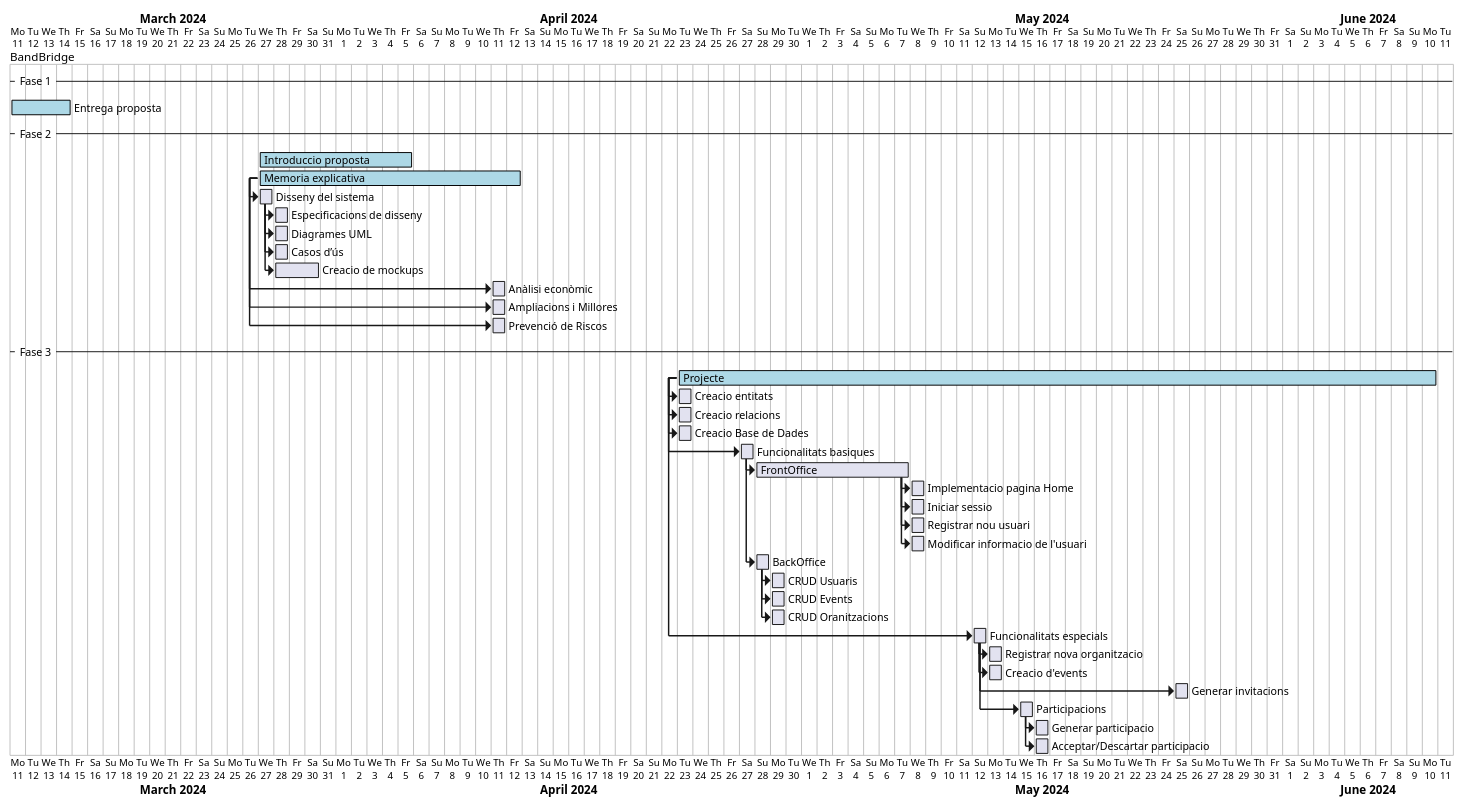
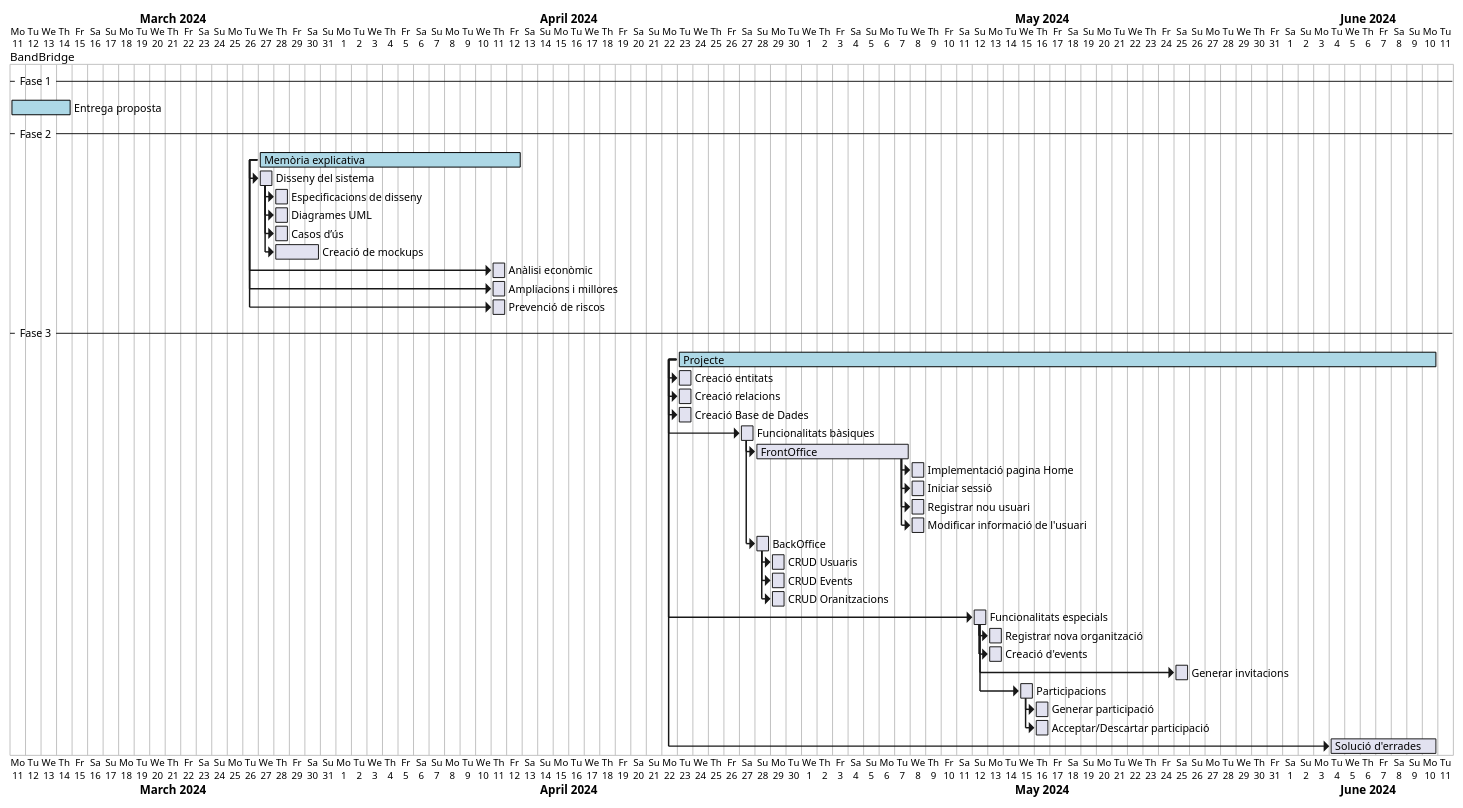
The diagram in docs/planificacio.puml (Josep02/BandBridge), drawn with PlantUML before and after one commit. The commit also changed 1 other file, not shown here.

Commit message:
PlantUML

```diff
--- a/docs/planificacio.puml
+++ b/docs/planificacio.puml
@@ -1,140 +1,140 @@
 @startgantt
 Project starts the 11 of March 2024
 
 -- Fase 1 --
 
 [Entrega proposta] requires 4 day
 [Entrega proposta] starts 2024-03-11
 [Entrega proposta] is colored in LightBlue/Black
 
 -- Fase 2 --
 
-[Introduccio proposta] requires 10 day
-[Introduccio proposta] starts 2024-03-27
-[Introduccio proposta] is colored in LightBlue/Black
-
-[Memoria explicativa] requires 17 day
-[Memoria explicativa] starts 2024-03-27
-[Memoria explicativa] is colored in LightBlue/Black
+[Memòria explicativa] requires 17 day
+[Memòria explicativa] starts 2024-03-27
+[Memòria explicativa] is colored in LightBlue/Black
 
 [Disseny del sistema] requires 1 day
 [Disseny del sistema] starts 2024-03-27
-[Disseny del sistema] starts at [Memoria explicativa]'s start
+[Disseny del sistema] starts at [Memòria explicativa]'s start
 
 [Especificacions de disseny] requires 1 day
 [Especificacions de disseny] starts 2024-03-27
 [Especificacions de disseny] starts at [Disseny del sistema]'s end
 
 [Diagrames UML] requires 1 day
 [Diagrames UML] starts 2024-03-27
 [Diagrames UML] starts at [Disseny del sistema]'s end
 
 [Casos d’ús] requires 1 day
 [Casos d’ús] starts 2024-03-27
 [Casos d’ús] starts at [Disseny del sistema]'s end
 
-[Creacio de mockups] requires 3 day
-[Creacio de mockups] starts 2024-03-27
-[Creacio de mockups] starts at [Disseny del sistema]'s end
+[Creació de mockups] requires 3 day
+[Creació de mockups] starts 2024-03-27
+[Creació de mockups] starts at [Disseny del sistema]'s end
 
 [Anàlisi econòmic] requires 1 day
 [Anàlisi econòmic] starts 2024-04-11
-[Anàlisi econòmic] starts at [Memoria explicativa]'s start
+[Anàlisi econòmic] starts at [Memòria explicativa]'s start
 
-[Ampliacions i Millores] requires 1 day
-[Ampliacions i Millores] starts 2024-04-11
-[Ampliacions i Millores] starts at [Memoria explicativa]'s start
+[Ampliacions i millores] requires 1 day
+[Ampliacions i millores] starts 2024-04-11
+[Ampliacions i millores] starts at [Memòria explicativa]'s start
 
-[Prevenció de Riscos] requires 1 day
-[Prevenció de Riscos] starts 2024-04-11
-[Prevenció de Riscos] starts at [Memoria explicativa]'s start
+[Prevenció de riscos] requires 1 day
+[Prevenció de riscos] starts 2024-04-11
+[Prevenció de riscos] starts at [Memòria explicativa]'s start
 
 -- Fase 3 --
 
 [Projecte] requires 49 days
 [Projecte] starts 2024-04-23
 [Projecte] is colored in LightBlue/Black
 
-[Creacio entitats] requires 1 day
-[Creacio entitats] starts 2024-04-23
-[Creacio entitats] starts at [Projecte]'s start
+[Creació entitats] requires 1 day
+[Creació entitats] starts 2024-04-23
+[Creació entitats] starts at [Projecte]'s start
 
-[Creacio relacions] requires 1 day
-[Creacio relacions] starts 2024-04-23
-[Creacio relacions] starts at [Projecte]'s start
+[Creació relacions] requires 1 day
+[Creació relacions] starts 2024-04-23
+[Creació relacions] starts at [Projecte]'s start
 
-[Creacio Base de Dades] requires 1 day
-[Creacio Base de Dades] starts 2024-04-23
-[Creacio Base de Dades] starts at [Projecte]'s start
+[Creació Base de Dades] requires 1 day
+[Creació Base de Dades] starts 2024-04-23
+[Creació Base de Dades] starts at [Projecte]'s start
 
 
 
 
-[Funcionalitats basiques] requires 1 day
-[Funcionalitats basiques] starts 2024-04-27
-[Funcionalitats basiques] starts at [Projecte]'s start
+[Funcionalitats bàsiques] requires 1 day
+[Funcionalitats bàsiques] starts 2024-04-27
+[Funcionalitats bàsiques] starts at [Projecte]'s start
 
 'Tasques relacionades amb el FrontOffice'
 [FrontOffice] requires 10 day
-[FrontOffice] starts at [Funcionalitats basiques]'s end
+[FrontOffice] starts at [Funcionalitats bàsiques]'s end
 
-[Implementacio pagina Home] requires 1 day
-[FrontOffice]->[Implementacio pagina Home]
+[Implementació pagina Home] requires 1 day
+[FrontOffice]->[Implementació pagina Home]
 
-[Iniciar sessio] requires 1 day
-[Iniciar sessio] starts at [FrontOffice]'s end
+[Iniciar sessió] requires 1 day
+[Iniciar sessió] starts at [FrontOffice]'s end
 
 [Registrar nou usuari] requires 1 day
 [Registrar nou usuari] starts 2024-05-2
 [Registrar nou usuari] starts at [FrontOffice]'s end
 
-[Modificar informacio de l'usuari] requires 1 day
-[Modificar informacio de l'usuari] starts 2024-05-2
-[Modificar informacio de l'usuari] starts at [FrontOffice]'s end
+[Modificar informació de l'usuari] requires 1 day
+[Modificar informació de l'usuari] starts 2024-05-2
+[Modificar informació de l'usuari] starts at [FrontOffice]'s end
 
 
 'Tasques relacionades amb el BackOffice'
 [BackOffice] requires 1 day
 [BackOffice] starts 2024-04-27
-[BackOffice] starts at [Funcionalitats basiques]'s end
+[BackOffice] starts at [Funcionalitats bàsiques]'s end
 
 [CRUD Usuaris] requires 1 day
 [CRUD Usuaris] starts at [BackOffice]'s end
 
 [CRUD Events] requires 1 day
 [CRUD Events] starts at [BackOffice]'s end
 
 [CRUD Oranitzacions] requires 1 day
 [CRUD Oranitzacions] starts at [BackOffice]'s end
 
 
 'Funcionalitats especials del projecte'
 [Funcionalitats especials] requires 1 day
 [Funcionalitats especials] starts 2024-05-12
 [Funcionalitats especials] starts at [Projecte]'s start
 
-[Registrar nova organitzacio] requires 1 day
-[Registrar nova organitzacio] starts at [Funcionalitats especials]'s end
+[Registrar nova organització] requires 1 day
+[Registrar nova organització] starts at [Funcionalitats especials]'s end
 
-[Creacio d'events] requires 1 day
-[Creacio d'events] starts at [Funcionalitats especials]'s end
+[Creació d'events] requires 1 day
+[Creació d'events] starts at [Funcionalitats especials]'s end
 
 [Generar invitacions] requires 1 day
 [Generar invitacions] starts 2024-05-25
 [Generar invitacions] starts at [Funcionalitats especials]'s end
 
 
 [Participacions] requires 1 day
 [Participacions] starts 2024-05-15
 [Participacions] starts at [Funcionalitats especials]'s end
 
-[Generar participacio] requires 1 day
-[Generar participacio] starts at [Participacions]'s end
+[Generar participació] requires 1 day
+[Generar participació] starts at [Participacions]'s end
 
-[Acceptar/Descartar participacio] requires 1 day
-[Acceptar/Descartar participacio] starts at [Participacions]'s end
+[Acceptar/Descartar participació] requires 1 day
+[Acceptar/Descartar participació] starts at [Participacions]'s end
 
 
 
+[Solució d'errades] requires 7 day
+[Solució d'errades] starts 2024-06-4
+[Solució d'errades] starts at [Projecte]'s start
+
 2024-03-11 to 2024-06-11 are named [BandBridge]
 @endgantt
```
